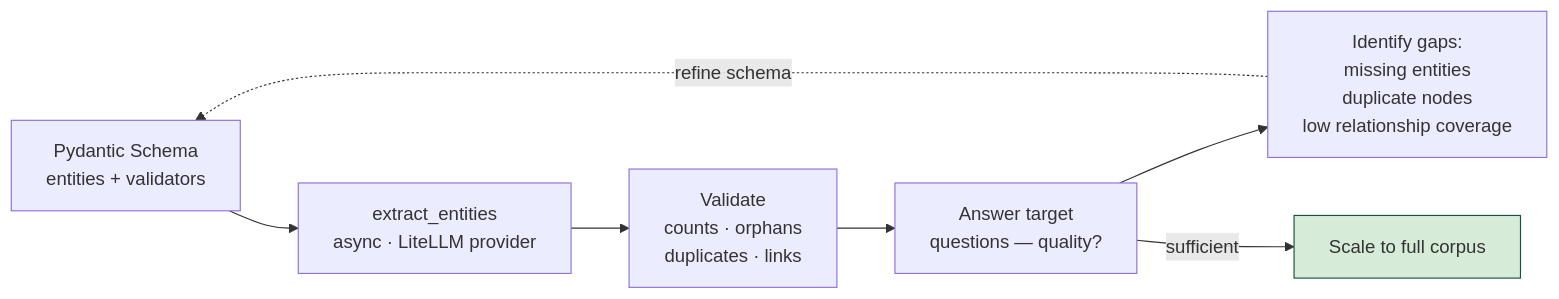
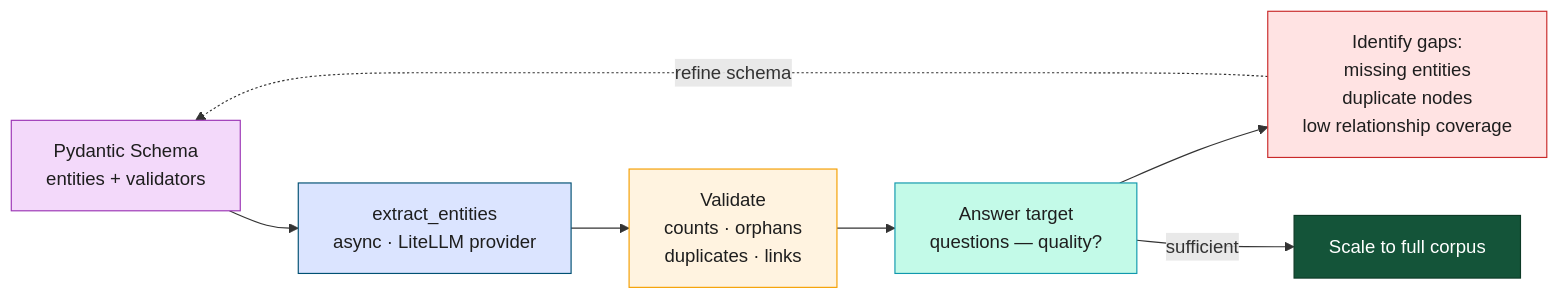
Before and after one commit to joy-neo4j/graph-intelligence-agent: diagram 12 of 13 in outputs/Graph_Intelligence_Technical_DeepDive.md, drawn with Mermaid. The commit also changed other lines of this file and 1 other file, not shown here.

First line of the commit message:
style(diagrams): restyle all Mermaid diagrams for contrast and colour

````diff
--- a/outputs/Graph_Intelligence_Technical_DeepDive.md
+++ b/outputs/Graph_Intelligence_Technical_DeepDive.md
@@ -758,10 +799,15 @@
 ```mermaid
 flowchart LR
     Sch["Pydantic Schema<br/>entities + validators"] --> Ex["extract_entities<br/>async · LiteLLM provider"]
     Ex --> Val["Validate<br/>counts · orphans<br/>duplicates · links"]
     Val --> Q["Answer target\nquestions — quality?"]
     Q --> Fix["Identify gaps:<br/>missing entities<br/>duplicate nodes<br/>low relationship coverage"]
     Fix -.->|refine schema| Sch
     Q -->|sufficient| Done["Scale to full corpus"]
-    style Done fill:#D6ECD8,stroke:#145439
+    style Sch fill:#f3d9fa,stroke:#9c36b5,color:#1e1e1e
+    style Ex fill:#dbe4ff,stroke:#005073,color:#1e1e1e
+    style Val fill:#fff3e0,stroke:#f59f00,color:#1e1e1e
+    style Q fill:#c3fae8,stroke:#1098ad,color:#1e1e1e
+    style Fix fill:#ffe3e3,stroke:#c92a2a,color:#1e1e1e
+    style Done fill:#145439,stroke:#0d3a26,color:#fff
 ```
````
